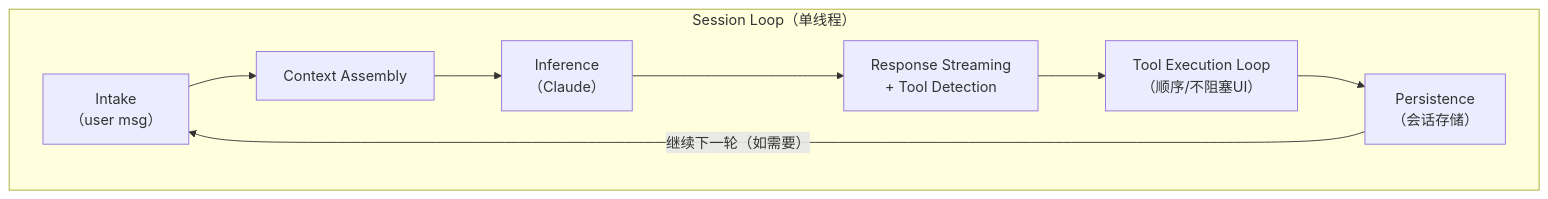
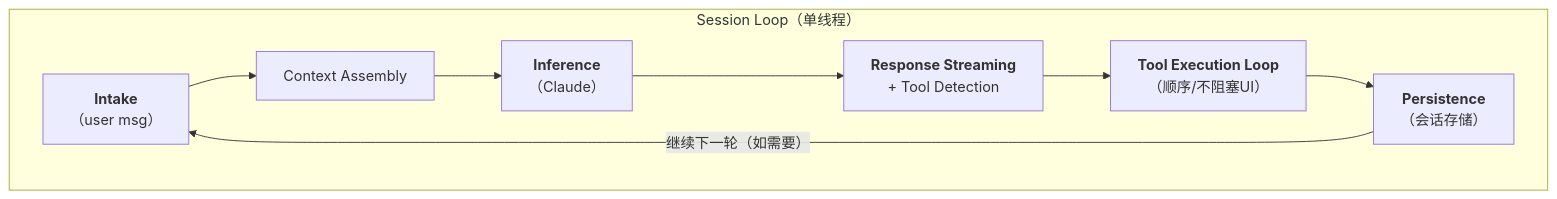
Before and after one commit to yeasy/harness_engineering_guide: the third of 3 diagrams in 04_runtime/4.1_agent_loop.md, drawn with Mermaid. The commit also changed other lines of this file and 26 other files, not shown here.

Commit message:
Add bold titles to Mermaid diagram nodes

````diff
--- a/04_runtime/4.1_agent_loop.md
+++ b/04_runtime/4.1_agent_loop.md
@@ -149,11 +149,11 @@
 ```mermaid
 flowchart TD
     subgraph SessionLoop["Session Loop（单线程）"]
-        A["Intake<br/>（user msg）"] --> B["Context Assembly"]
-        B --> C["Inference<br/>（Claude）"]
-        C --> D["Response Streaming<br/>+ Tool Detection"]
-        D --> E["Tool Execution Loop<br/>（顺序/不阻塞UI）"]
-        E --> F["Persistence<br/>（会话存储）"]
+        A["<b>Intake</b><br/>（user msg）"] --> B["Context Assembly"]
+        B --> C["<b>Inference</b><br/>（Claude）"]
+        C --> D["<b>Response Streaming</b><br/>+ Tool Detection"]
+        D --> E["<b>Tool Execution Loop</b><br/>（顺序/不阻塞UI）"]
+        E --> F["<b>Persistence</b><br/>（会话存储）"]
         F -->|"继续下一轮（如需要）"| A
     end
 ```
````
